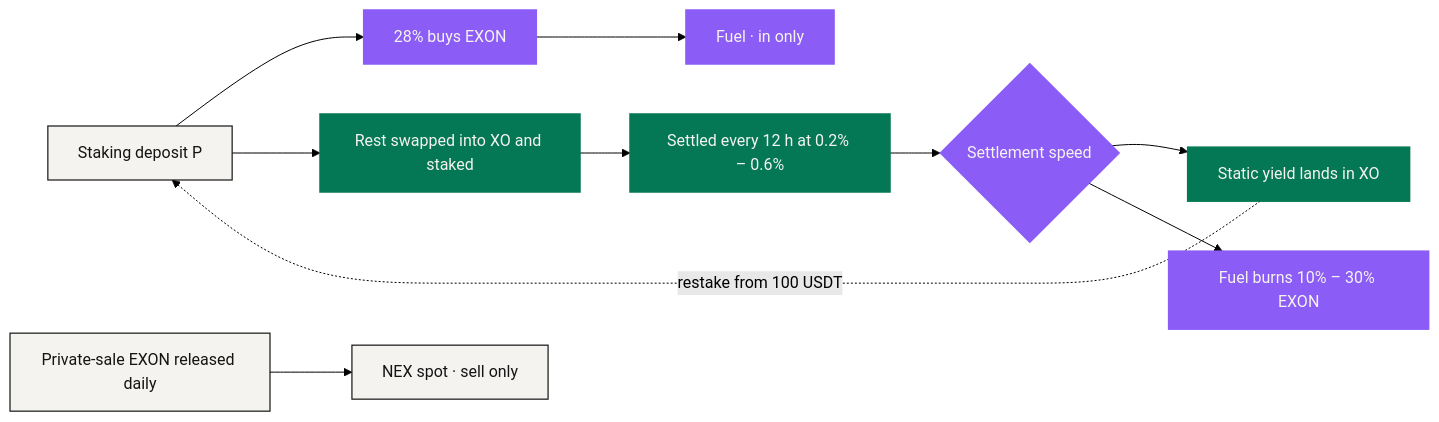
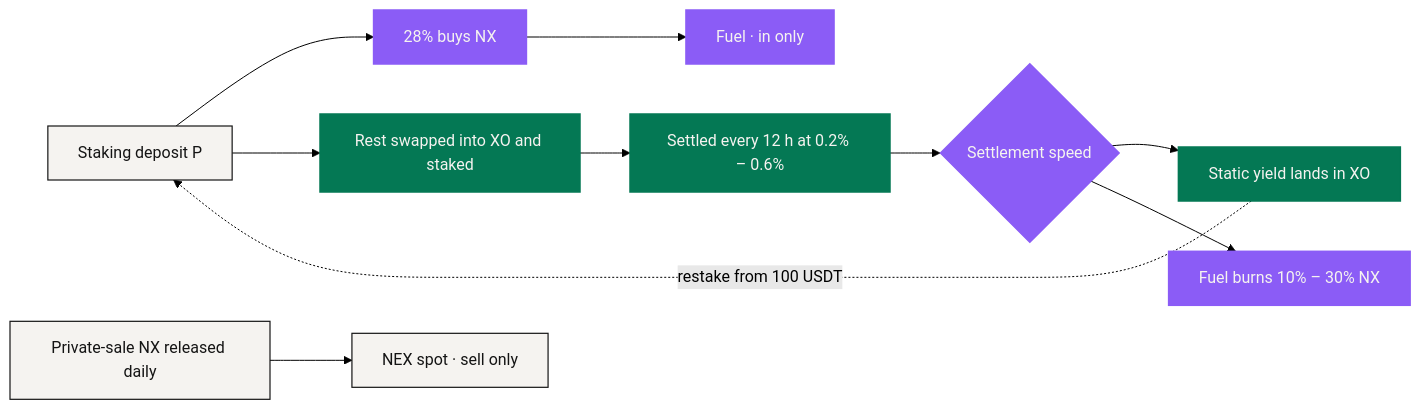
Before and after one commit to NEXONMarkets/NEXON-Whitepaper: the diagram in docs/en/05-tokenomics/value-flows.md, drawn with Mermaid (forest theme). The commit also changed other lines of this file and 92 other files, not shown here.

````diff
--- a/docs/en/05-tokenomics/value-flows.md
+++ b/docs/en/05-tokenomics/value-flows.md
@@ -68,18 +68,18 @@
 ```mermaid
 flowchart LR
-    P["Staking deposit P"] --> B["28% buys EXON"]
+    P["Staking deposit P"] --> B["28% buys NX"]
     P --> S["Rest swapped into XO and staked"]
     B --> W["Fuel · in only"]
     S --> R["Settled every 12 h at 0.2% – 0.6%"]
     R --> C{"Settlement speed"}
     C --> N["Static yield lands in XO"]
-    C --> X["Fuel burns 10% – 30% EXON"]
+    C --> X["Fuel burns 10% – 30% NX"]
     N -. "restake from 100 USDT" .-> P
-    V["Private-sale EXON released daily"] --> M["NEX spot · sell only"]
+    V["Private-sale NX released daily"] --> M["NEX spot · sell only"]
     classDef anchor fill:#047854,stroke:#047854,stroke-width:1.5px,color:#F5F3F0
     classDef engine fill:#8B5CF6,stroke:#8B5CF6,stroke-width:1.5px,color:#F5F3F0
     classDef solid  fill:#F5F3F0,stroke:#141414,stroke-width:1.2px,color:#141414
     class P,V,M solid
     class S,R,N anchor
     class B,W,C,X engine
 ```
````
